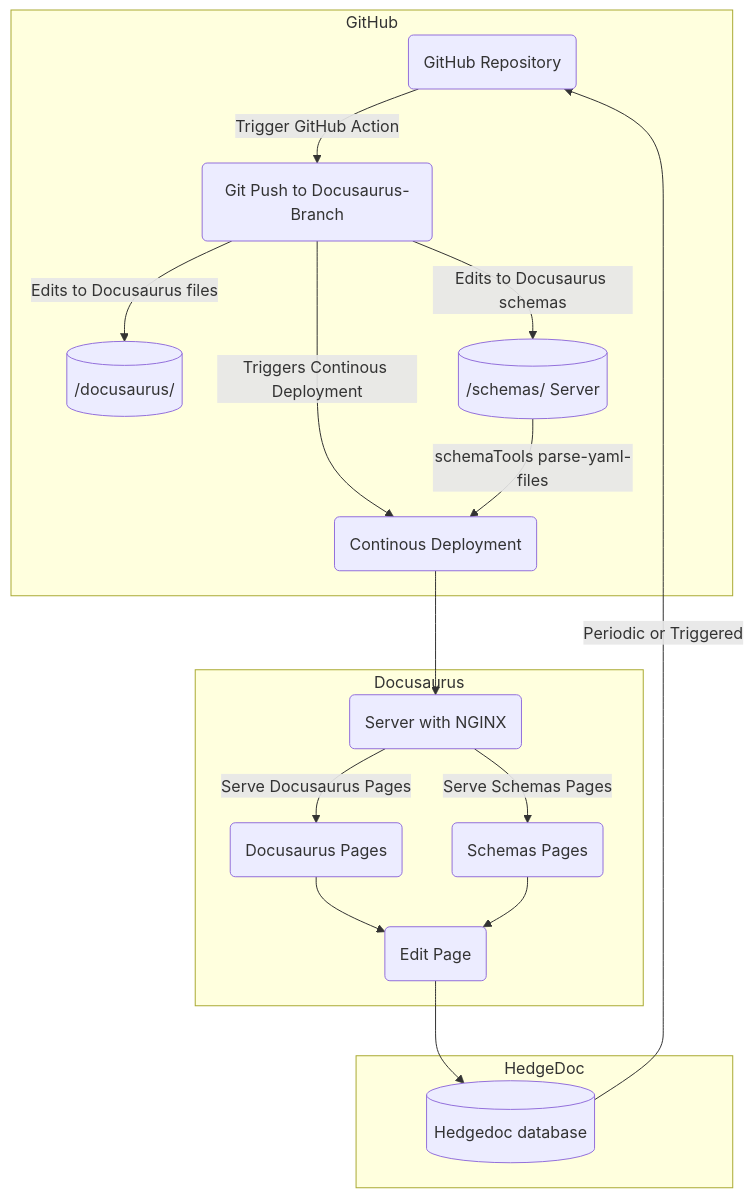
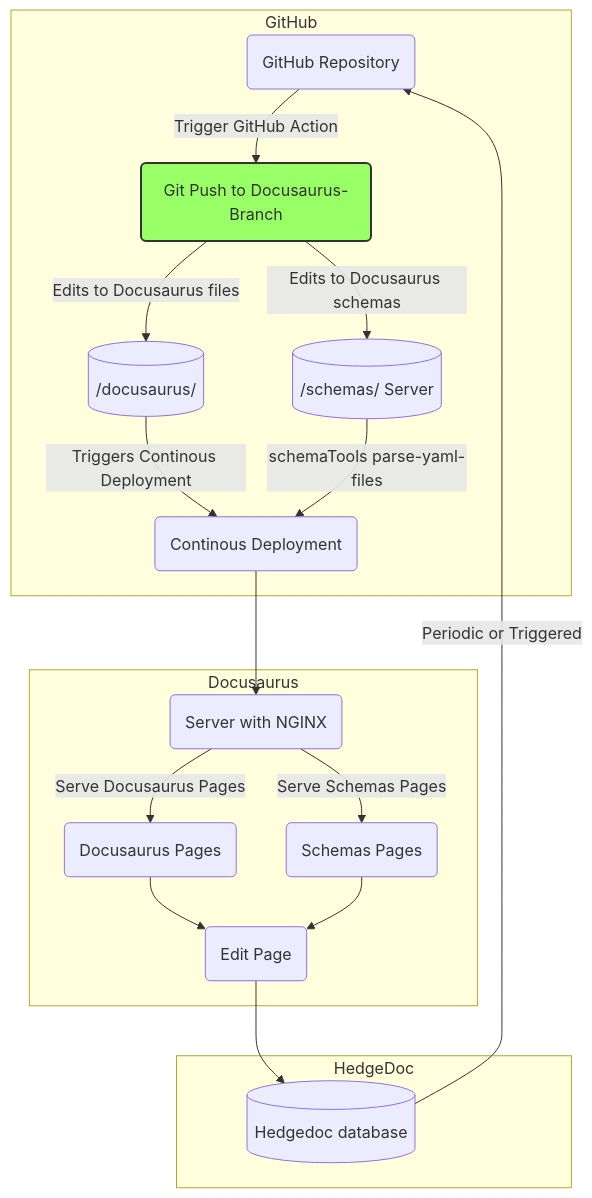
Before and after one commit to nqminds/SBOM-GAP: the diagram in README.md, drawn with Mermaid.

Commit message:
[2024-01-11 10:32:17] Anthony McCaigue: documentation-toolchain

````diff
--- a/README.md
+++ b/README.md
@@ -6,41 +6,43 @@
 ```mermaid
 graph
 
 %% GitHub
 subgraph GitHub
   ghRepo(GitHub Repository)
   ghAction1(Git Push to Docusaurus-Branch)
   ghAction2(Continous Deployment)
   docusaurusServer[(/docusaurus/)]
   schemasServer[(/schemas/ Server)]
 end
 
 %% Server Hosting Pages using NGINX
 subgraph Docusaurus
   nginxServer(Server with NGINX)
   nginxDocusaurus(Docusaurus Pages)
   nginxSchemas(Schemas Pages)
   editPage(Edit Page)
 end
 
 subgraph HedgeDoc
     hedgedocPages[(Hedgedoc database)]
 end
 
 %% Arrows and Actions
 ghRepo -->|Trigger GitHub Action| ghAction1
 ghAction1 -->|Edits to Docusaurus files| docusaurusServer
 ghAction1 -->|Edits to Docusaurus schemas| schemasServer
-ghAction1 -->|Triggers Continous Deployment| ghAction2
+docusaurusServer -->|Triggers Continous Deployment| ghAction2
 schemasServer -->|schemaTools parse-yaml-files| ghAction2
-
 ghAction2 --> nginxServer
 nginxServer -->|Serve Docusaurus Pages| nginxDocusaurus
 nginxServer -->|Serve Schemas Pages| nginxSchemas
 
 nginxDocusaurus --> editPage
 nginxSchemas --> editPage
 
 editPage --> hedgedocPages -->|Periodic or Triggered| ghRepo
 
+style ghAction1 fill:#9f6,stroke:#333,stroke-width:2px
+
+style editPage align:center;
 ```
````
